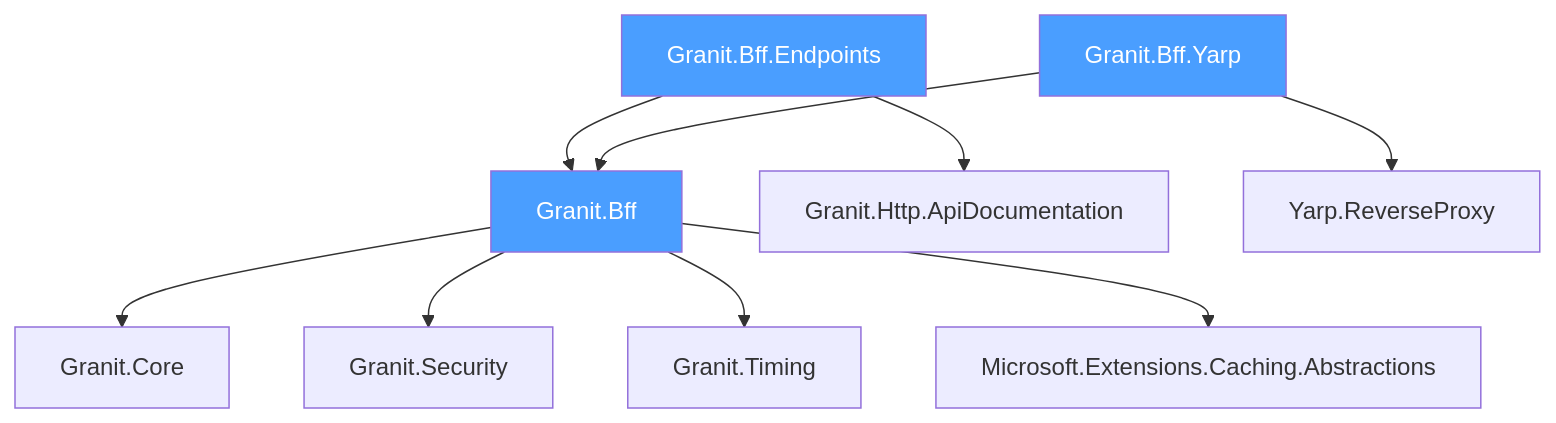
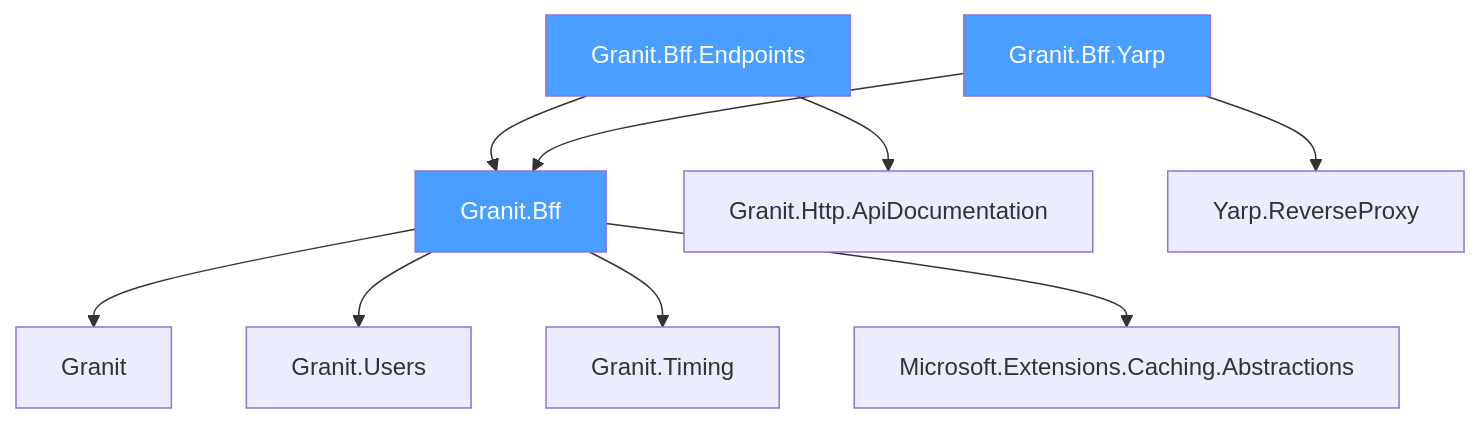
The third of 3 diagrams in docs-site/src/content/docs/dotnet/security/bff/index.mdx (granit-fx/granit-dotnet), drawn with Mermaid before and after one commit. The commit also changed 153 other files, not shown here.

````diff
--- a/docs-site/src/content/docs/dotnet/security/bff/index.mdx
+++ b/docs-site/src/content/docs/dotnet/security/bff/index.mdx
@@ -170,15 +170,15 @@
 ```mermaid
 graph TD
     BFFE[Granit.Bff.Endpoints] --> BFF[Granit.Bff]
     BFFE --> DOC[Granit.Http.ApiDocumentation]
     BFFY[Granit.Bff.Yarp] --> BFF
     BFFY --> YARP[Yarp.ReverseProxy]
-    BFF --> CORE[Granit.Core]
-    BFF --> SEC[Granit.Security]
+    BFF --> CORE[Granit]
+    BFF --> SEC[Granit.Users]
     BFF --> TIME[Granit.Timing]
     BFF --> CACHE[Microsoft.Extensions.Caching.Abstractions]
 
     style BFF fill:#4a9eff,color:#fff
     style BFFE fill:#4a9eff,color:#fff
     style BFFY fill:#4a9eff,color:#fff
 ```
````
